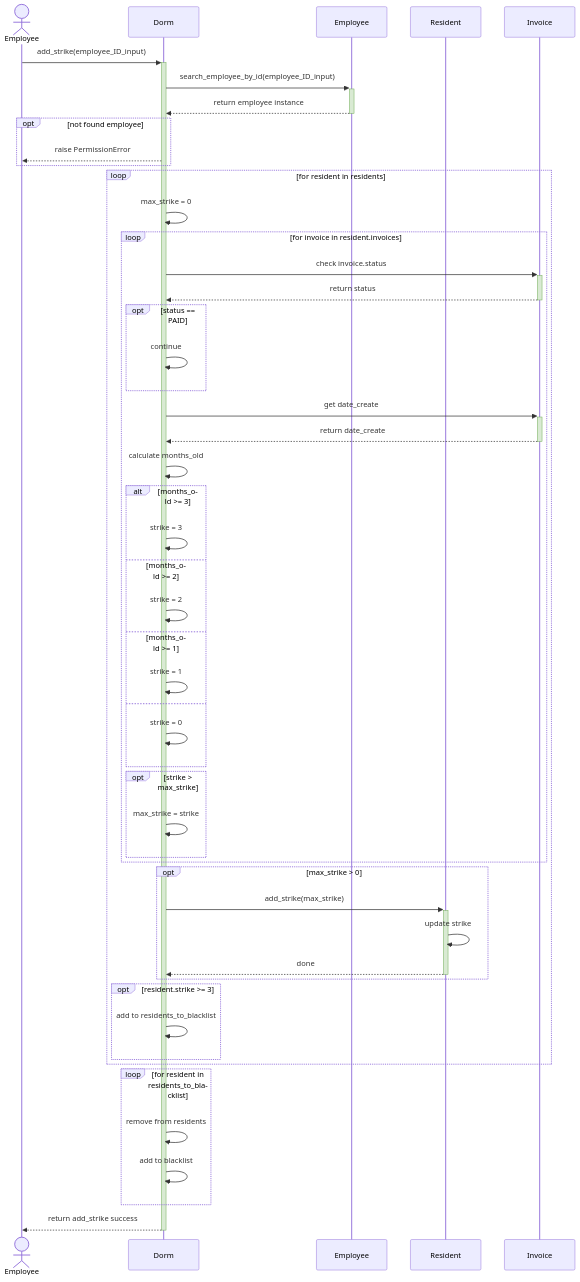
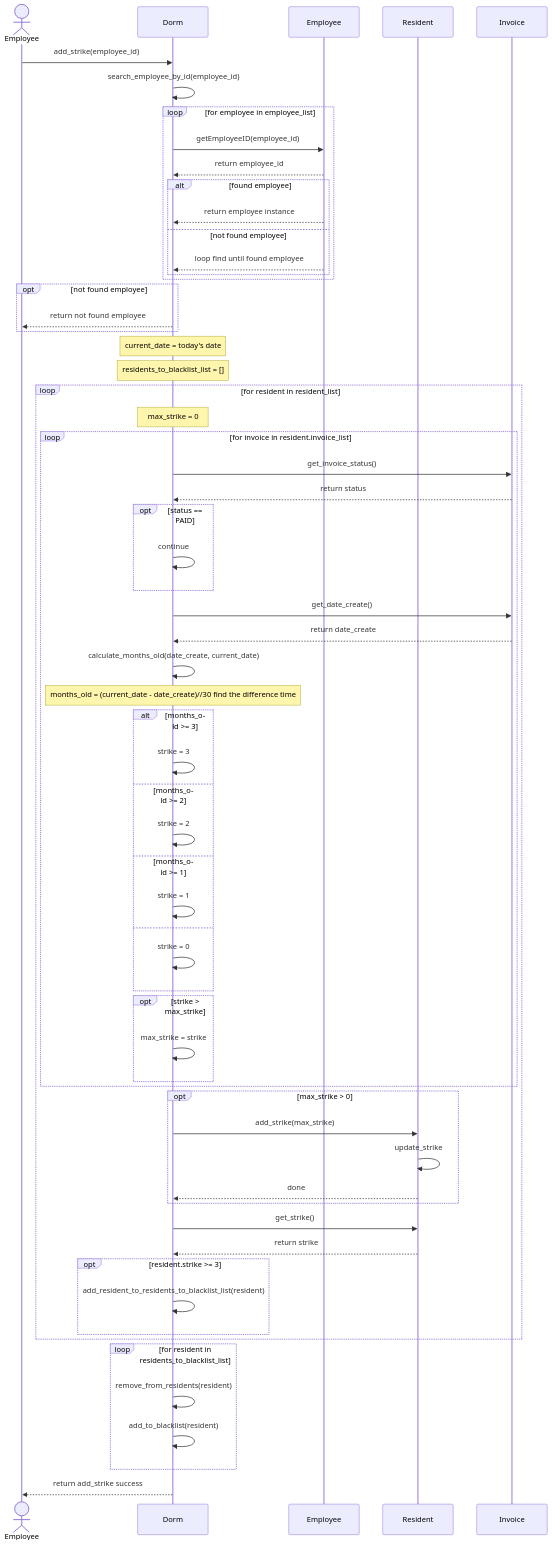
One commit to rnjjkk/Ducky-Dicka changed the diagram in sequence/add_strike/add_strike.mmd. Above: the diagram before and after it, drawn with Mermaid.

Commit message:
edit add strike V.final

```diff
--- a/sequence/add_strike/add_strike.mmd
+++ b/sequence/add_strike/add_strike.mmd
@@ -1,71 +1,81 @@
 %%{init: {'theme': 'default', 'themeVariables': {'activationBkgColor': '#d9ead3', 'activationBorderColor': '#6aa84f'}}}%%
 sequenceDiagram
     actor User as Employee
     participant D as Dorm
     participant E as Employee
     participant R as Resident
     participant I as Invoice
 
-    User ->>+ D: add_strike(employee_ID_input)
+    User ->> D: add_strike(employee_id)
 
-    %% 1. ตรวจสอบ Employee
-    D ->>+ E: search_employee_by_id(employee_ID_input)
-    E -->>- D: return employee instance
+    D ->> D: search_employee_by_id(employee_id)
+    loop for employee in employee_list
+        D ->> E: getEmployeeID(employee_id)
+        E -->> D: return employee_id
+        alt found employee
+            E -->> D: return employee instance
+        else not found employee
+            E -->> D: loop find until found employee
+        end 
+    end
 
     opt not found employee
-        D -->> User: raise PermissionError
+        D -->> User: return not found employee
     end
 
-    %% 2. วนทุก Resident
-    loop for resident in residents
-        D ->> D: max_strike = 0
+    Note over D:current_date = today's date
+    Note over D:residents_to_blacklist_list = []
 
-        %% 3. วนทุก Invoice ของ Resident
-        loop for invoice in resident.invoices
-            D ->>+ I: check invoice.status
-            I -->>- D: return status
+
+    loop for resident in resident_list
+        Note over D: max_strike = 0
+
+        loop for invoice in resident.invoice_list
+            D ->> I: get_invoice_status()
+            I -->> D: return status
 
             opt status == PAID
                 D ->> D: continue
             end
 
-            D ->>+ I: get date_create
-            I -->>- D: return date_create
+            D ->> I: get_date_create()
+            I -->> D: return date_create
 
-            D ->> D: calculate months_old
+            D ->> D: calculate_months_old(date_create, current_date)
+            Note over D: months_old = (current_date - date_create)//30 find the difference time
 
             alt months_old >= 3
                 D ->> D: strike = 3
             else months_old >= 2
                 D ->> D: strike = 2
             else months_old >= 1
                 D ->> D: strike = 1
             else
                 D ->> D: strike = 0
             end
 
             opt strike > max_strike
                 D ->> D: max_strike = strike
             end
         end
 
-        %% 4. add strike ให้ resident
         opt max_strike > 0
-            D ->>+ R: add_strike(max_strike)
-            R ->> R: update strike
-            R -->>- D: done
+            D ->> R: add_strike(max_strike)
+            R ->> R: update_strike
+            R -->> D: done
         end
 
-        %% 5. เช็ค blacklist
+        D ->> R: get_strike()
+        R -->> D: return strike
+
         opt resident.strike >= 3
-            D ->> D: add to residents_to_blacklist
+            D ->> D: add_resident_to_residents_to_blacklist_list(resident)
         end
     end
 
-    %% 6. ย้าย resident ไป blacklist
-    loop for resident in residents_to_blacklist
-        D ->> D: remove from residents
-        D ->> D: add to blacklist
+    loop for resident in residents_to_blacklist_list
+        D ->> D: remove_from_residents(resident)
+        D ->> D: add_to_blacklist(resident)
     end
 
-    D -->>- User: return add_strike success
+    D -->> User: return add_strike success
```
